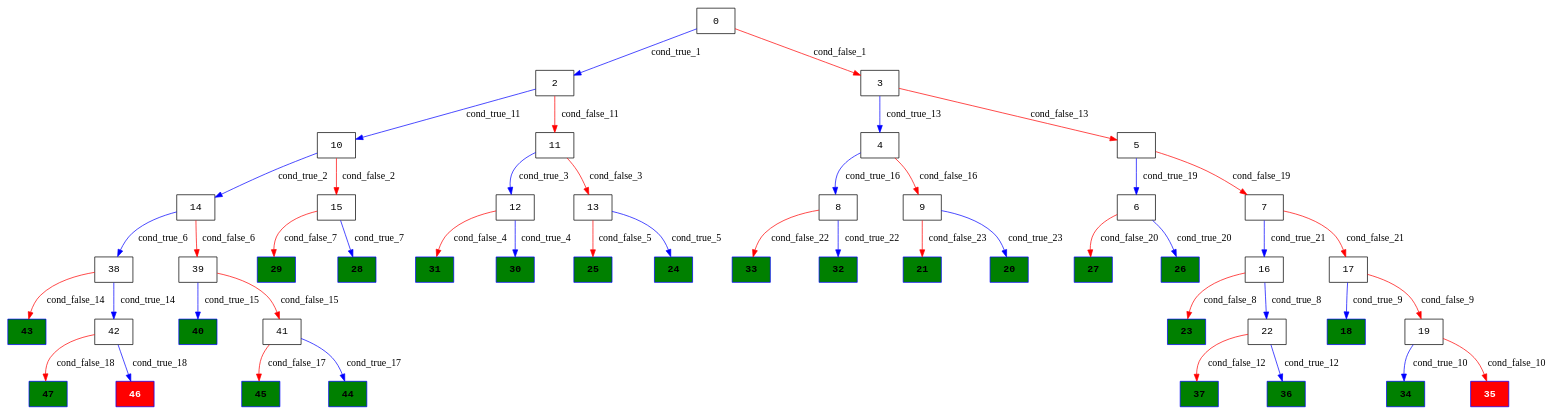
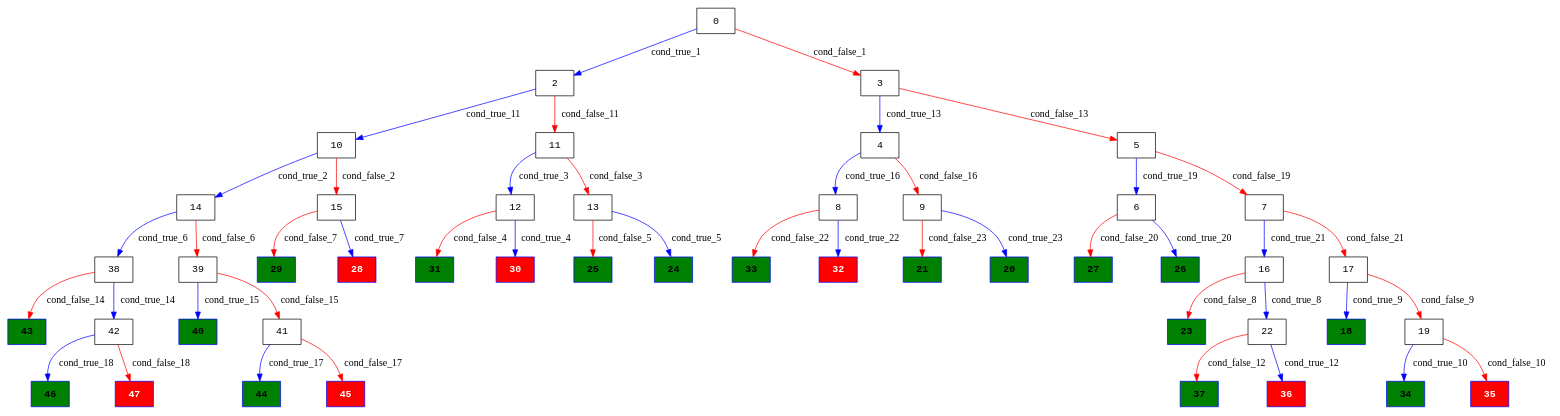
The diagram in klee_results/quicksort_assumes_processed/quicksort_assumes_execution_tree.dot (Research-Tools-PAVT/PSE-Program-Examples), drawn with Graphviz before and after one commit. The commit also changed 86 other files, not shown here.

```diff
--- a/klee_results/quicksort_assumes_processed/quicksort_assumes_execution_tree.dot
+++ b/klee_results/quicksort_assumes_processed/quicksort_assumes_execution_tree.dot
@@ -1,73 +1,73 @@
 digraph ExecutionTree {
 	node [color=black fontname=Courier height=.5 shape=record]
-	47 [color=blue, fillcolor=green, style=filled, fontcolor=black, fontname="Courier-Bold"]
-	45 [color=blue, fillcolor=green, style=filled, fontcolor=black, fontname="Courier-Bold"]
+	46 [color=blue, fillcolor=green, style=filled, fontcolor=black, fontname="Courier-Bold"]
 	44 [color=blue, fillcolor=green, style=filled, fontcolor=black, fontname="Courier-Bold"]
 	43 [color=blue, fillcolor=green, style=filled, fontcolor=black, fontname="Courier-Bold"]
 	40 [color=blue, fillcolor=green, style=filled, fontcolor=black, fontname="Courier-Bold"]
 	37 [color=blue, fillcolor=green, style=filled, fontcolor=black, fontname="Courier-Bold"]
-	36 [color=blue, fillcolor=green, style=filled, fontcolor=black, fontname="Courier-Bold"]
 	34 [color=blue, fillcolor=green, style=filled, fontcolor=black, fontname="Courier-Bold"]
 	33 [color=blue, fillcolor=green, style=filled, fontcolor=black, fontname="Courier-Bold"]
-	32 [color=blue, fillcolor=green, style=filled, fontcolor=black, fontname="Courier-Bold"]
 	31 [color=blue, fillcolor=green, style=filled, fontcolor=black, fontname="Courier-Bold"]
-	30 [color=blue, fillcolor=green, style=filled, fontcolor=black, fontname="Courier-Bold"]
 	29 [color=blue, fillcolor=green, style=filled, fontcolor=black, fontname="Courier-Bold"]
-	28 [color=blue, fillcolor=green, style=filled, fontcolor=black, fontname="Courier-Bold"]
 	27 [color=blue, fillcolor=green, style=filled, fontcolor=black, fontname="Courier-Bold"]
 	26 [color=blue, fillcolor=green, style=filled, fontcolor=black, fontname="Courier-Bold"]
 	25 [color=blue, fillcolor=green, style=filled, fontcolor=black, fontname="Courier-Bold"]
 	24 [color=blue, fillcolor=green, style=filled, fontcolor=black, fontname="Courier-Bold"]
 	23 [color=blue, fillcolor=green, style=filled, fontcolor=black, fontname="Courier-Bold"]
 	21 [color=blue, fillcolor=green, style=filled, fontcolor=black, fontname="Courier-Bold"]
 	20 [color=blue, fillcolor=green, style=filled, fontcolor=black, fontname="Courier-Bold"]
 	18 [color=blue, fillcolor=green, style=filled, fontcolor=black, fontname="Courier-Bold"]
+	28 [color=blue, fillcolor=red, style=filled, fontcolor=white, fontname="Courier-Bold"]
+	30 [color=blue, fillcolor=red, style=filled, fontcolor=white, fontname="Courier-Bold"]
+	36 [color=blue, fillcolor=red, style=filled, fontcolor=white, fontname="Courier-Bold"]
+	47 [color=blue, fillcolor=red, style=filled, fontcolor=white, fontname="Courier-Bold"]
+	45 [color=blue, fillcolor=red, style=filled, fontcolor=white, fontname="Courier-Bold"]
+	32 [color=blue, fillcolor=red, style=filled, fontcolor=white, fontname="Courier-Bold"]
 	35 [color=blue, fillcolor=red, style=filled, fontcolor=white, fontname="Courier-Bold"]
-	46 [color=blue, fillcolor=red, style=filled, fontcolor=white, fontname="Courier-Bold"]
 	0 -> 2 [label=cond_true_1 color=blue]
 	0 -> 3 [label=cond_false_1 color=red]
 	2 -> 10 [label=cond_true_11 color=blue]
 	2 -> 11 [label=cond_false_11 color=red]
 	3 -> 4 [label=cond_true_13 color=blue]
 	3 -> 5 [label=cond_false_13 color=red]
 	10 -> 14 [label=cond_true_2 color=blue]
 	10 -> 15 [label=cond_false_2 color=red]
 	14 -> 38 [label=cond_true_6 color=blue]
 	14 -> 39 [label=cond_false_6 color=red]
 	15 -> 28 [label=cond_true_7 color=blue]
 	15 -> 29 [label=cond_false_7 color=red]
 	11 -> 12 [label=cond_true_3 color=blue]
 	11 -> 13 [label=cond_false_3 color=red]
 	12 -> 30 [label=cond_true_4 color=blue]
 	12 -> 31 [label=cond_false_4 color=red]
 	13 -> 24 [label=cond_true_5 color=blue]
 	13 -> 25 [label=cond_false_5 color=red]
 	38 -> 42 [label=cond_true_14 color=blue]
 	38 -> 43 [label=cond_false_14 color=red]
 	39 -> 40 [label=cond_true_15 color=blue]
 	39 -> 41 [label=cond_false_15 color=red]
 	16 -> 22 [label=cond_true_8 color=blue]
 	16 -> 23 [label=cond_false_8 color=red]
 	22 -> 36 [label=cond_true_12 color=blue]
 	22 -> 37 [label=cond_false_12 color=red]
 	17 -> 18 [label=cond_true_9 color=blue]
 	17 -> 19 [label=cond_false_9 color=red]
 	19 -> 34 [label=cond_true_10 color=blue]
 	19 -> 35 [label=cond_false_10 color=red]
 	4 -> 8 [label=cond_true_16 color=blue]
 	4 -> 9 [label=cond_false_16 color=red]
 	5 -> 6 [label=cond_true_19 color=blue]
 	5 -> 7 [label=cond_false_19 color=red]
 	42 -> 46 [label=cond_true_18 color=blue]
 	42 -> 47 [label=cond_false_18 color=red]
 	41 -> 44 [label=cond_true_17 color=blue]
 	41 -> 45 [label=cond_false_17 color=red]
 	8 -> 32 [label=cond_true_22 color=blue]
 	8 -> 33 [label=cond_false_22 color=red]
 	9 -> 20 [label=cond_true_23 color=blue]
 	9 -> 21 [label=cond_false_23 color=red]
 	6 -> 26 [label=cond_true_20 color=blue]
 	6 -> 27 [label=cond_false_20 color=red]
 	7 -> 16 [label=cond_true_21 color=blue]
 	7 -> 17 [label=cond_false_21 color=red]
 }
```
